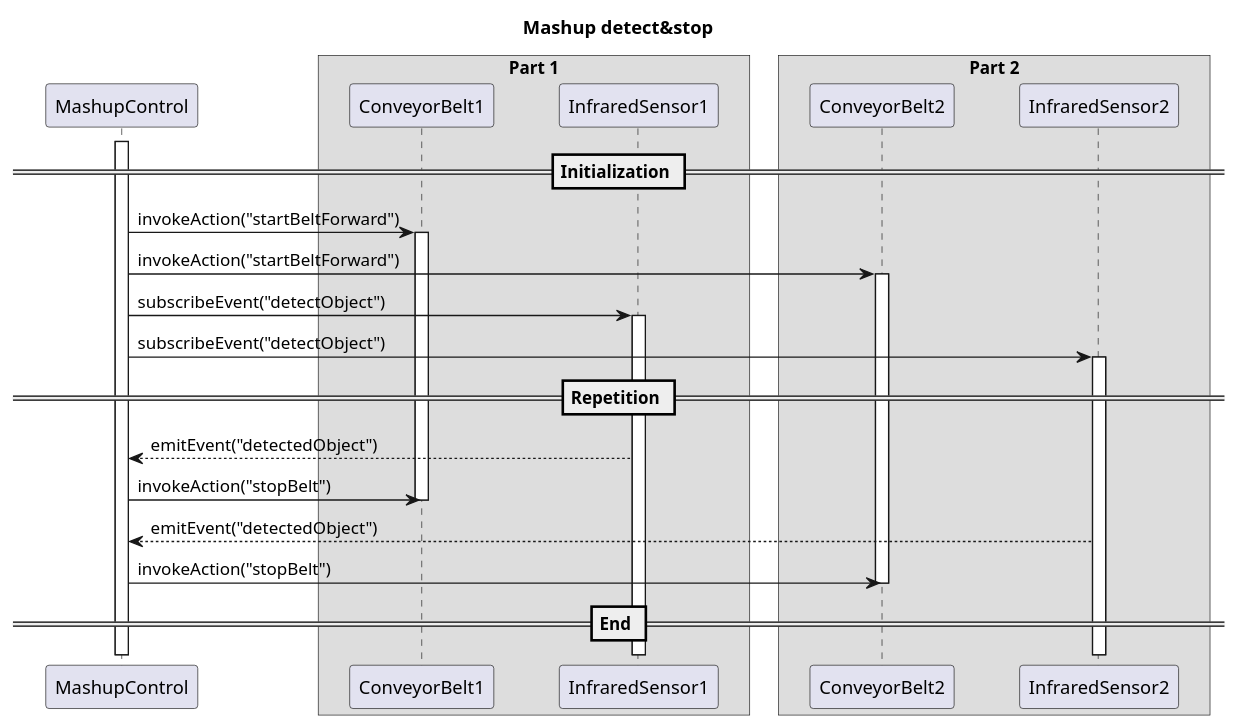
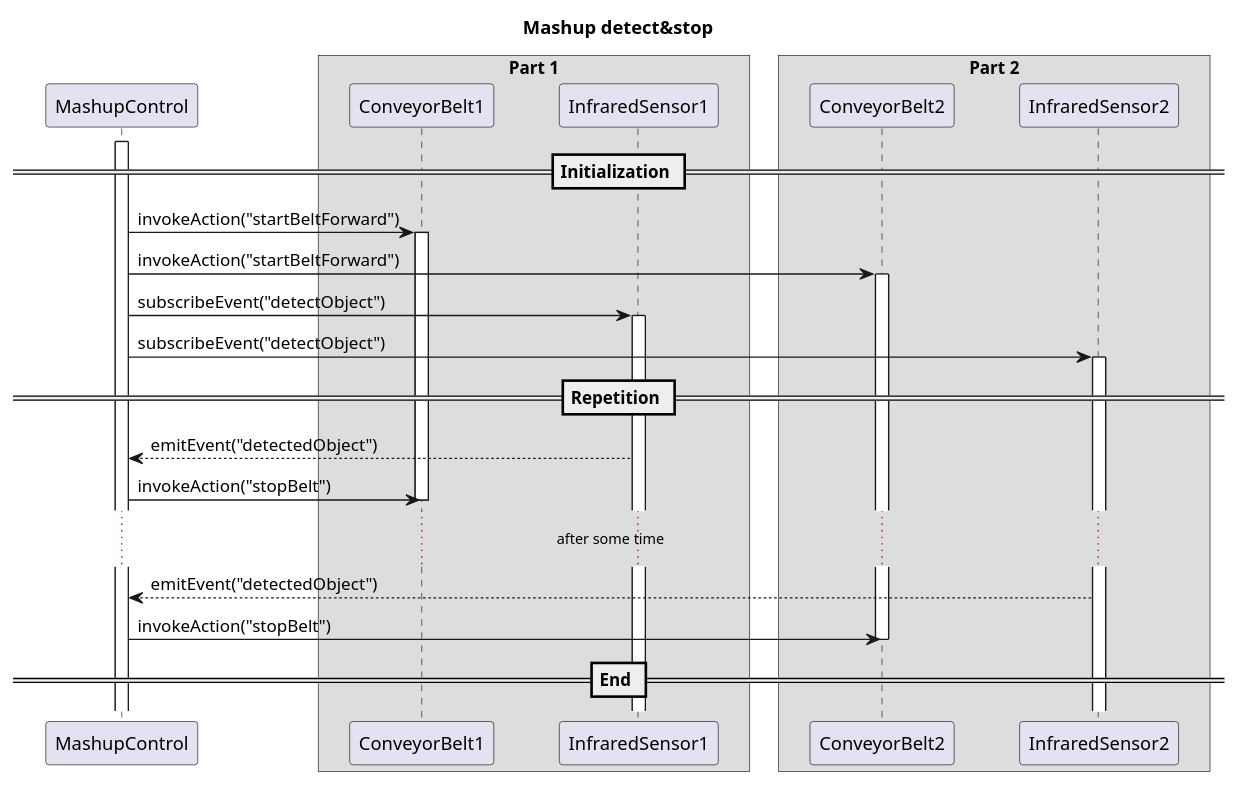
Before and after one commit to tum-esi/wot-sys: the diagram in SequenceDiagrams/SequenceDiagramUML_mashup_detect_stop.wsd, drawn with PlantUML.

```diff
--- a/SequenceDiagrams/SequenceDiagramUML_mashup_detect_stop.wsd
+++ b/SequenceDiagrams/SequenceDiagramUML_mashup_detect_stop.wsd
@@ -1,46 +1,48 @@
 @startuml
 
 title Mashup detect&stop
 
 skinparam ParticipantPadding 20
 skinparam BoxPadding 10
 
 participant MashupControl as MC
 
 box "Part 1"
 participant ConveyorBelt1 as CB1
 participant InfraredSensor1 as IS1
 end box
 
 box "Part 2"
 participant ConveyorBelt2 as CB2
 participant InfraredSensor2 as IS2
 end box
 
 
 == Initialization ==
 
 activate MC
 
 MC -> CB1: invokeAction("startBeltForward")
 activate CB1
 MC -> CB2: invokeAction("startBeltForward")
 activate CB2
 
 MC -> IS1: subscribeEvent("detectObject")
 activate IS1
 MC -> IS2: subscribeEvent("detectObject")
 activate IS2
 
 == Repetition ==
 
 MC <-- IS1: emitEvent("detectedObject")
 MC -> CB1: invokeAction("stopBelt")
 deactivate CB1
 
+... after some time ...
+
 MC <-- IS2: emitEvent("detectedObject")
 MC -> CB2: invokeAction("stopBelt")
 deactivate CB2
 
 == End ==
 @enduml
```
